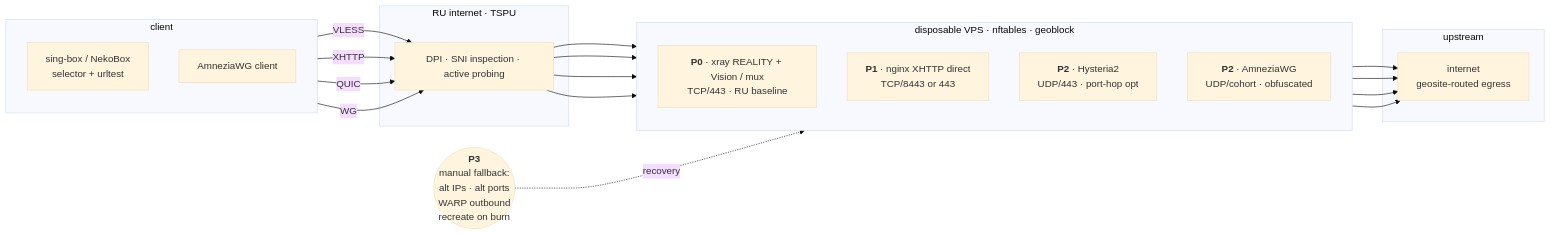
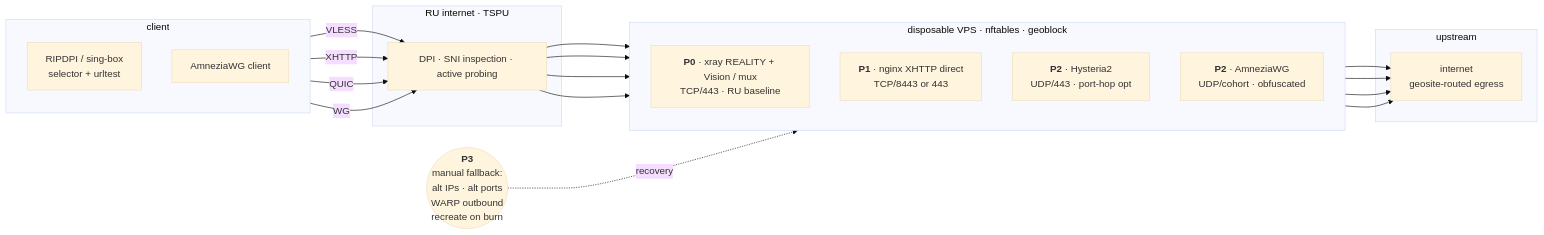
One commit to po4yka/ripdpi-vpn-deploy changed the second of 3 diagrams in README.md. Above: the diagram before and after it, drawn with Mermaid (base theme). The commit also changed other lines of this file and 32 other files, not shown here.

````diff
--- a/README.md
+++ b/README.md
@@ -41,37 +42,37 @@
 ```mermaid
 flowchart LR
     subgraph CL[client]
         direction TB
-        SB["sing-box / NekoBox<br/>selector + urltest"]
+        SB["RIPDPI / sing-box<br/>selector + urltest"]
         AC["AmneziaWG client"]
     end
     subgraph TSPU["RU internet · TSPU"]
         DPI["DPI · SNI inspection · active probing"]
     end
     subgraph VPS["disposable VPS · nftables · geoblock"]
         direction TB
         P0X["<b>P0</b> · xray REALITY + Vision / mux<br/>TCP/443 · RU baseline"]
         P1X["<b>P1</b> · nginx XHTTP direct<br/>TCP/8443 or 443"]
         P2H["<b>P2</b> · Hysteria2<br/>UDP/443 · port-hop opt"]
         P2A["<b>P2</b> · AmneziaWG<br/>UDP/cohort · obfuscated"]
     end
     subgraph UP[upstream]
         WI["internet<br/>geosite-routed egress"]
     end
 
     SB -- VLESS --> DPI
     SB -- XHTTP --> DPI
     SB -- QUIC --> DPI
     AC -- WG --> DPI
     DPI --> P0X
     DPI --> P1X
     DPI --> P2H
     DPI --> P2A
     P0X --> WI
     P1X --> WI
     P2H --> WI
     P2A --> WI
 
     P3(("<b>P3</b><br/>manual fallback:<br/>alt IPs · alt ports<br/>WARP outbound<br/>recreate on burn"))
     P3 -. recovery .-> VPS
 ```
````
